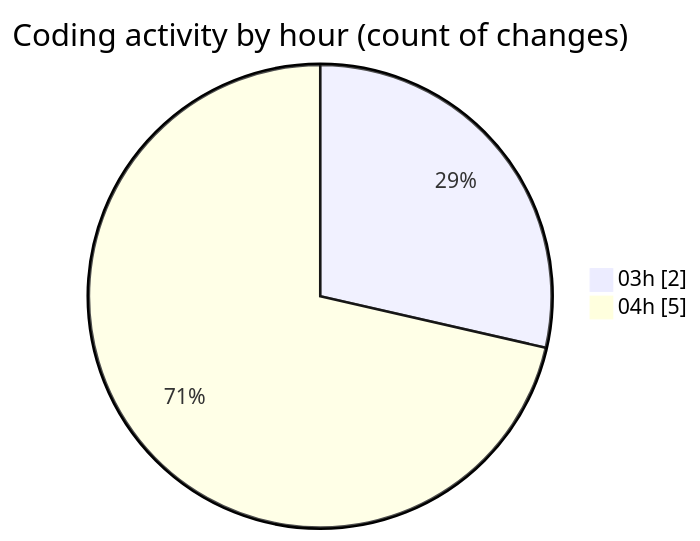
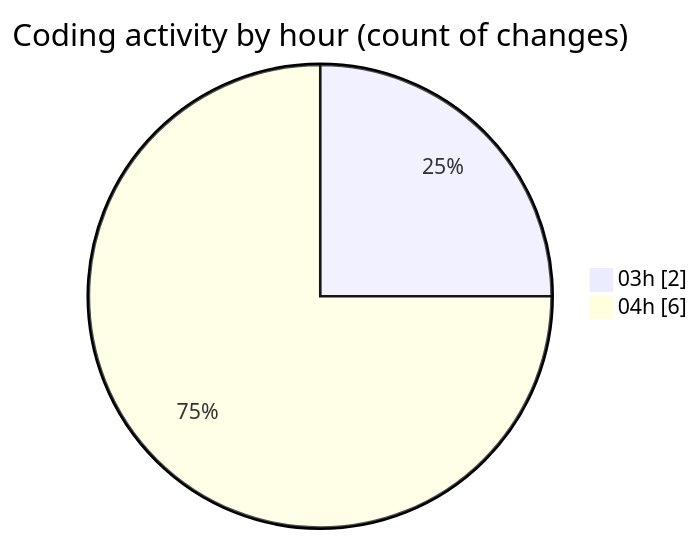
One commit to tmsrecording-cyber/code-tracking changed the second of 2 diagrams in 2026-02-07/singularitybrainai/README.md. Above: the diagram before and after it, drawn with Mermaid. The commit also changed other lines of this file and 1 other file, not shown here.

````diff
--- a/2026-02-07/singularitybrainai/README.md
+++ b/2026-02-07/singularitybrainai/README.md
@@ -30,6 +30,6 @@
 ```mermaid
 pie showData
 title Coding activity by hour (count of changes)
 "03h" : 2
-"04h" : 5
+"04h" : 6
 ```
````
